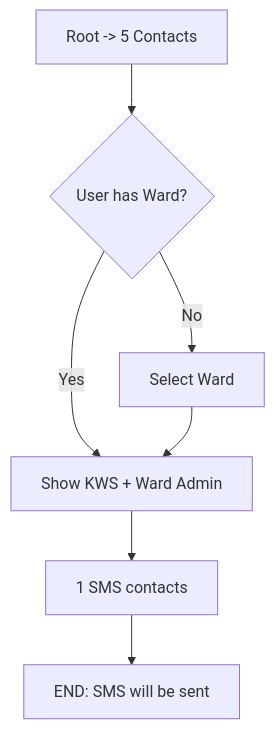
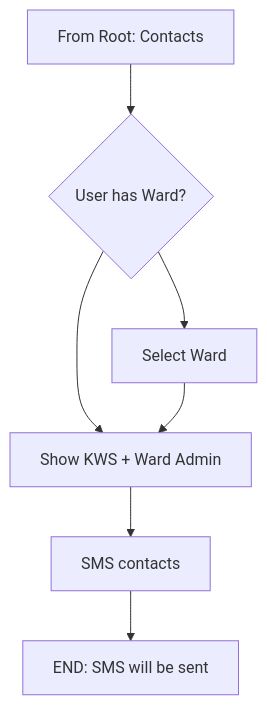
Before and after one commit to Vulimwa/hifadhi-ussd: the eighth of 10 diagrams in USSD_SYSTEM_DIAGRAMS.md, drawn with Mermaid. The commit also changed other lines of this file, not shown here.

Commit message:
Fixed the erd rendering issues

````diff
--- a/USSD_SYSTEM_DIAGRAMS.md
+++ b/USSD_SYSTEM_DIAGRAMS.md
@@ -163,9 +158,9 @@
 ```mermaid
 flowchart TD
-    A[Root -> 5 Contacts] --> B{User has Ward?}
-    B -->|Yes| C[Show KWS + Ward Admin]
-    B -->|No| D[Select Ward]
+    A[From Root: Contacts] --> B{User has Ward?}
+    B --> C[Show KWS + Ward Admin]
+    B --> D[Select Ward]
     D --> C
-    C --> E[1 SMS contacts]
+    C --> E[SMS contacts]
     E --> F[END: SMS will be sent]
 ```
````
